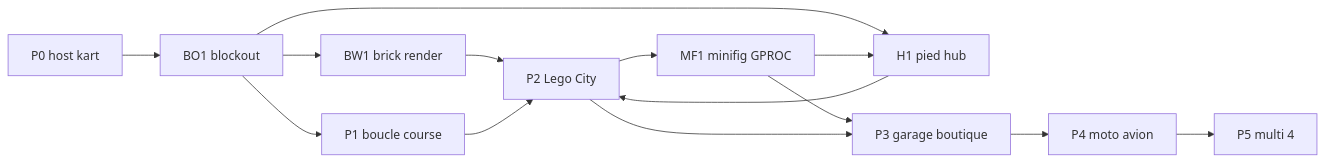
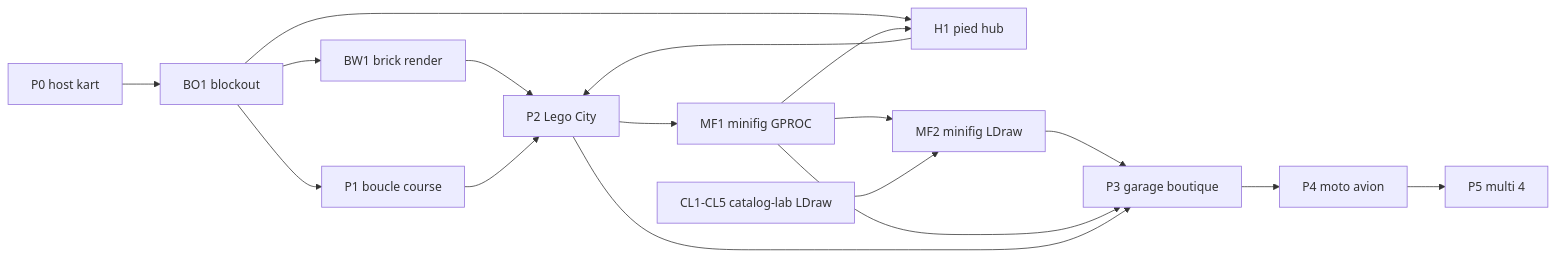
One commit to naanouff/Brick-Racer changed the diagram in docs/plans/roadmap.md. Above: the diagram before and after it, drawn with Mermaid. The commit also changed other lines of this file and 6 other files, not shown here.

````diff
--- a/docs/plans/roadmap.md
+++ b/docs/plans/roadmap.md
@@ -21,16 +22,19 @@
 ```mermaid
 flowchart LR
   P0[P0 host kart] --> BO1[BO1 blockout]
   BO1 --> P1[P1 boucle course]
   BO1 --> H1[H1 pied hub]
   BO1 --> BW1[BW1 brick render]
   MF1[MF1 minifig GPROC] --> H1
+  MF1 --> MF2[MF2 minifig LDraw]
+  CL[CL1-CL5 catalog-lab LDraw] --> MF2
+  MF2 --> P3
   H1 --> P2[P2 Lego City]
   BW1 --> P2
   P1 --> P2
   P2 --> MF1
   MF1 --> P3[P3 garage boutique]
   P2 --> P3
   P3 --> P4[P4 moto avion]
   P4 --> P5[P5 multi 4]
 ```
````
